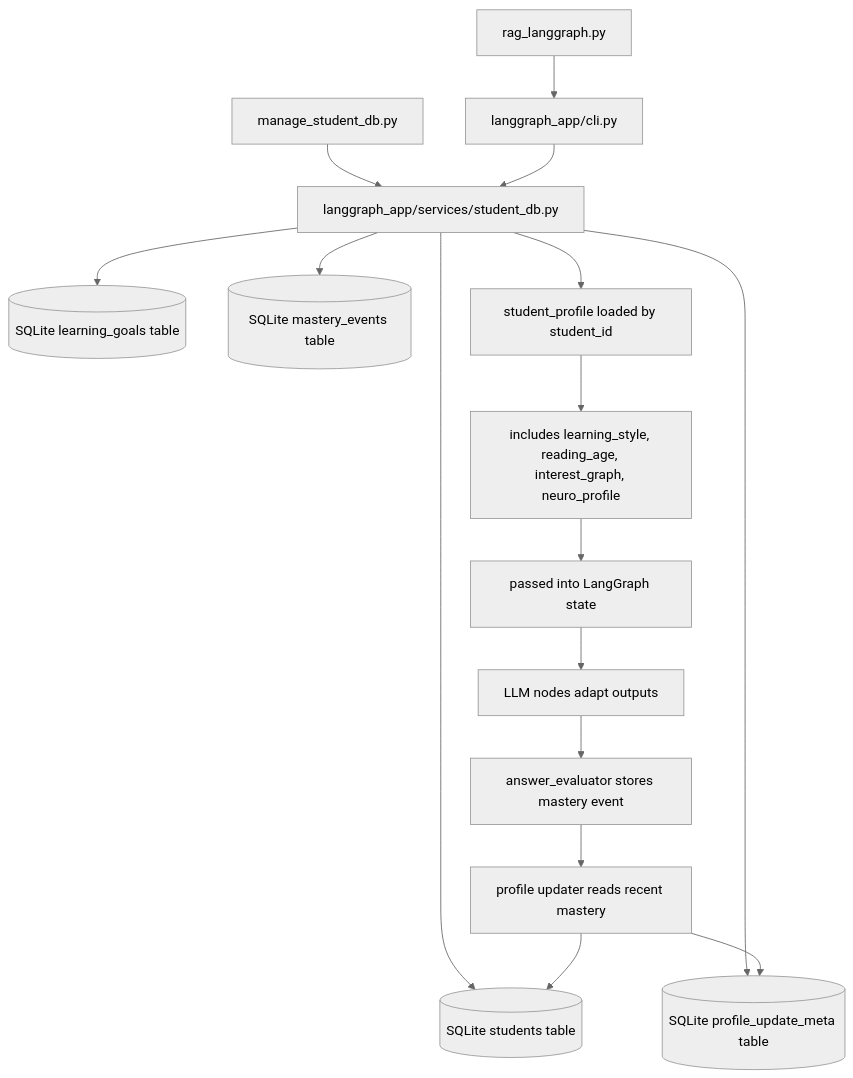
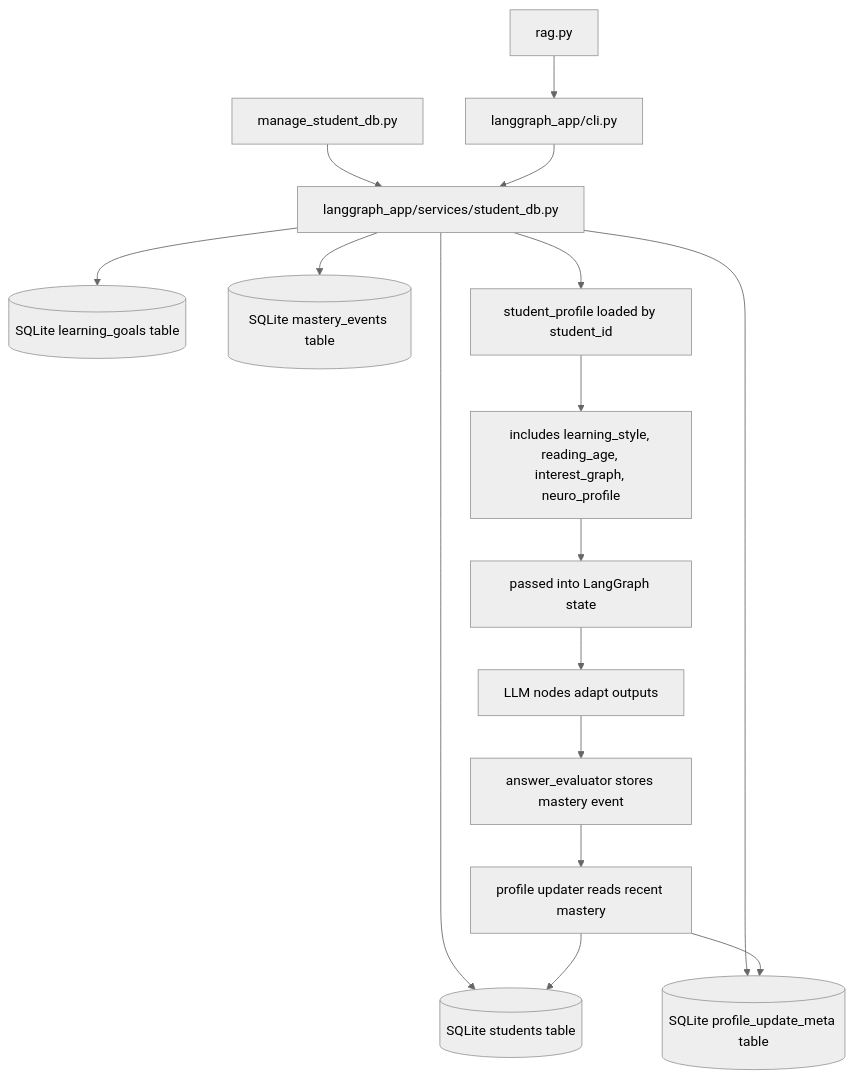
Before and after one commit to arxhr007/neurolearn: the second of 2 diagrams in docs/FLOW.md, drawn with Mermaid (neutral theme). The commit also changed other lines of this file and 15 other files, not shown here.

````diff
--- a/docs/FLOW.md
+++ b/docs/FLOW.md
@@ -53,20 +53,20 @@
 ```mermaid
 flowchart TD
     A[manage_student_db.py] --> B[langgraph_app/services/student_db.py]
-    R[rag_langgraph.py] --> C[langgraph_app/cli.py]
+    R[rag.py] --> C[langgraph_app/cli.py]
     C --> B
 
     B --> S[(SQLite students table)]
     B --> G[(SQLite learning_goals table)]
     B --> M[(SQLite mastery_events table)]
     B --> P[(SQLite profile_update_meta table)]
 
     B --> H[student_profile loaded by student_id]
     H --> I[includes learning_style, reading_age, interest_graph, neuro_profile]
     I --> J[passed into LangGraph state]
     J --> K[LLM nodes adapt outputs]
     K --> L[answer_evaluator stores mastery event]
     L --> U[profile updater reads recent mastery]
     U --> S
     U --> P
 ```
````
